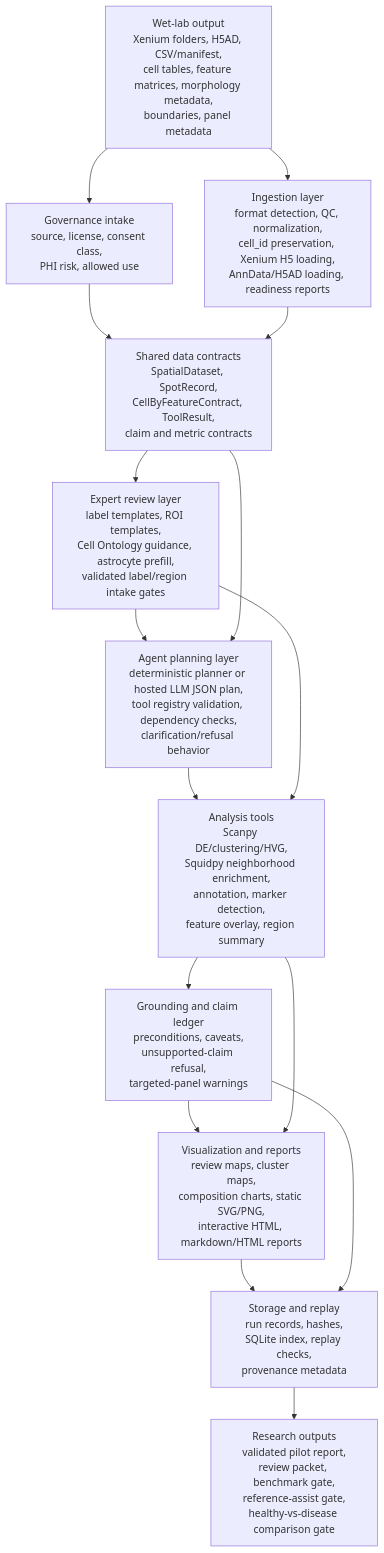
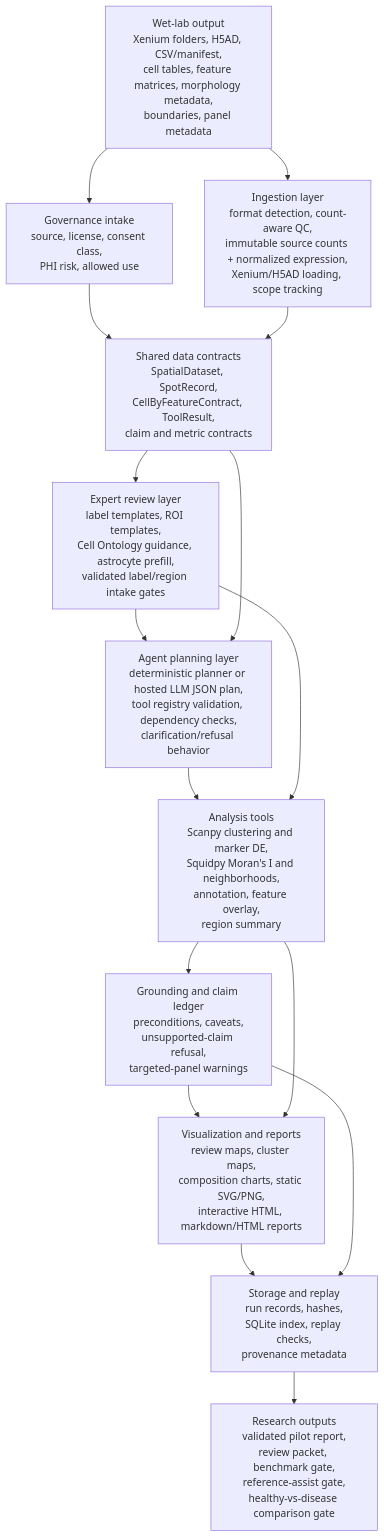
Before and after one commit to Katherine516/SpatialMind: the diagram in README.md, drawn with Mermaid. The commit also changed other lines of this file and 36 other files, not shown here.

First line of the commit message:
Xenium descriptive reporting: correctness fixes and shareable reports (#3)

````diff
--- a/README.md
+++ b/README.md
@@ -21,30 +21,30 @@
 ```mermaid
 flowchart TB
     WetLab["Wet-lab output\nXenium folders, H5AD, CSV/manifest,\ncell tables, feature matrices, morphology metadata,\nboundaries, panel metadata"]
     Governance["Governance intake\nsource, license, consent class,\nPHI risk, allowed use"]
-    Ingestion["Ingestion layer\nformat detection, QC, normalization,\ncell_id preservation, Xenium H5 loading,\nAnnData/H5AD loading, readiness reports"]
+    Ingestion["Ingestion layer\nformat detection, count-aware QC,\nimmutable source counts + normalized expression,\nXenium/H5AD loading, scope tracking"]
     Contract["Shared data contracts\nSpatialDataset, SpotRecord,\nCellByFeatureContract, ToolResult,\nclaim and metric contracts"]
     Review["Expert review layer\nlabel templates, ROI templates,\nCell Ontology guidance, astrocyte prefill,\nvalidated label/region intake gates"]
     Planner["Agent planning layer\ndeterministic planner or hosted LLM JSON plan,\ntool registry validation, dependency checks,\nclarification/refusal behavior"]
-    Tools["Analysis tools\nScanpy DE/clustering/HVG,\nSquidpy neighborhood enrichment,\nannotation, marker detection,\nfeature overlay, region summary"]
+    Tools["Analysis tools\nScanpy clustering and marker DE,\nSquidpy Moran's I and neighborhoods,\nannotation, feature overlay,\nregion summary"]
     Claims["Grounding and claim ledger\npreconditions, caveats,\nunsupported-claim refusal,\ntargeted-panel warnings"]
     Viz["Visualization and reports\nreview maps, cluster maps,\ncomposition charts, static SVG/PNG,\ninteractive HTML, markdown/HTML reports"]
     Storage["Storage and replay\nrun records, hashes,\nSQLite index, replay checks,\nprovenance metadata"]
     Outputs["Research outputs\nvalidated pilot report,\nreview packet, benchmark gate,\nreference-assist gate,\nhealthy-vs-disease comparison gate"]
 
     WetLab --> Governance
     WetLab --> Ingestion
     Governance --> Contract
     Ingestion --> Contract
     Contract --> Review
     Review --> Planner
     Contract --> Planner
     Planner --> Tools
     Review --> Tools
     Tools --> Claims
     Claims --> Viz
     Tools --> Viz
     Viz --> Storage
     Claims --> Storage
     Storage --> Outputs
 ```
````
